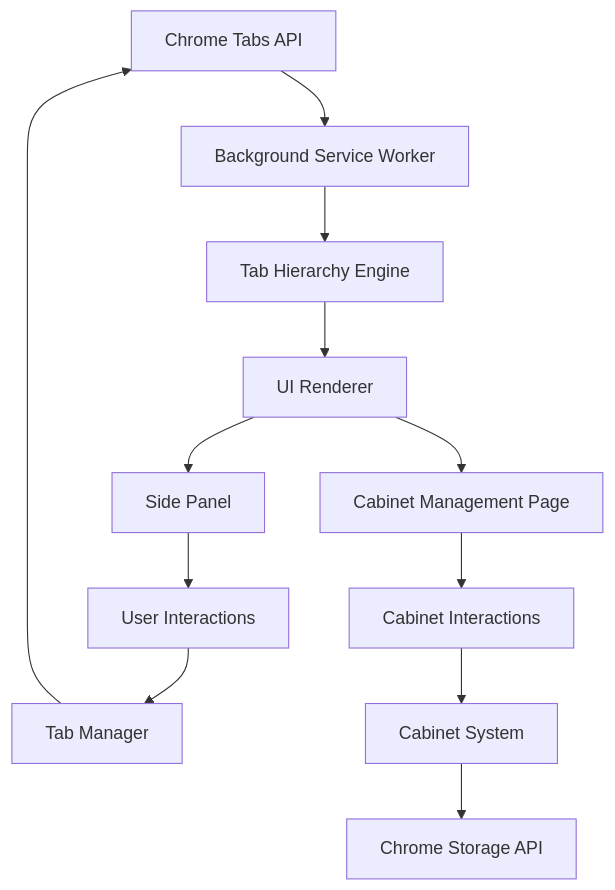
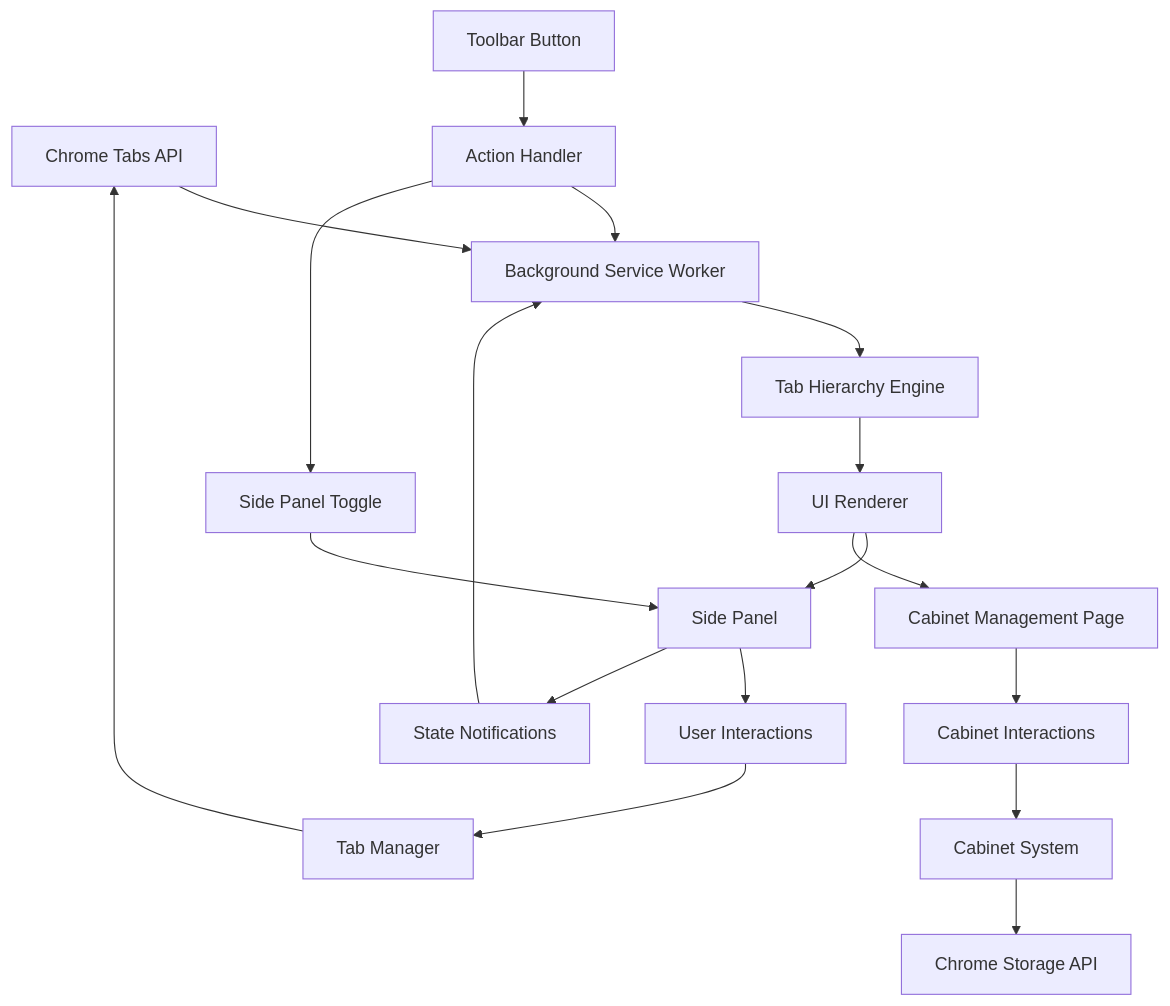
One commit to nberserk/cabinet changed the diagram in .kiro/specs/tab-hierarchy-visualizer/design.md. Above: the diagram before and after it, drawn with Mermaid. The commit also changed other lines of this file and 18 other files, not shown here.

Commit message:
now toolbar toggles side panel

````diff
--- a/.kiro/specs/tab-hierarchy-visualizer/design.md
+++ b/.kiro/specs/tab-hierarchy-visualizer/design.md
@@ -35,14 +36,20 @@
 ```mermaid
 graph TD
     A[Chrome Tabs API] --> B[Background Service Worker]
     B --> C[Tab Hierarchy Engine]
     C --> D[UI Renderer]
     D --> E[Side Panel]
     D --> J[Cabinet Management Page]
     E --> F[User Interactions]
     J --> K[Cabinet Interactions]
     F --> G[Tab Manager]
     K --> H[Cabinet System]
     G --> A
     H --> I[Chrome Storage API]
+    L[Toolbar Button] --> M[Action Handler]
+    M --> B
+    M --> N[Side Panel Toggle]
+    N --> E
+    E --> O[State Notifications]
+    O --> B
 ```
````
